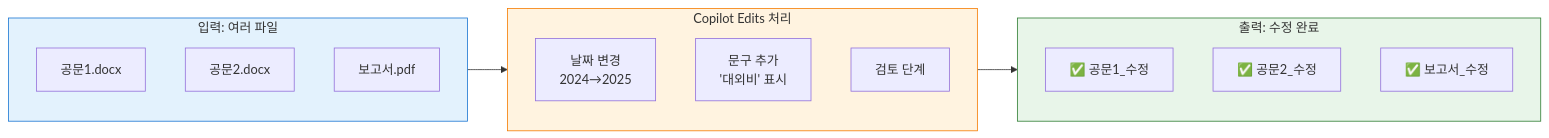
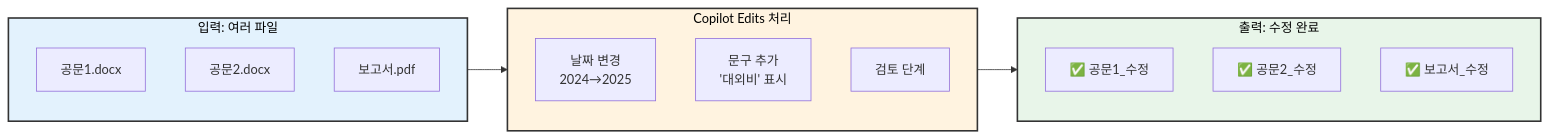
Before and after one commit to seo-jinseok/GitHub-Copilot-Guide: the tenth of 17 diagrams in dist/University_Copilot_Guide_Complete_KO.md, drawn with Mermaid. The commit also changed other lines of this file, not shown here.

Commit message:
docs: mermaid 그림 색상 수정

````diff
--- a/dist/University_Copilot_Guide_Complete_KO.md
+++ b/dist/University_Copilot_Guide_Complete_KO.md
@@ -620,27 +627,27 @@
 ```mermaid
 flowchart LR
     subgraph Input["입력: 여러 파일"]
         F1[공문1.docx]
         F2[공문2.docx]
         F3[보고서.pdf]
     end
     
     subgraph Process["Copilot Edits 처리"]
         P1[날짜 변경<br/>2024→2025]
         P2[문구 추가<br/>'대외비' 표시]
         P3[검토 단계]
     end
     
     subgraph Output["출력: 수정 완료"]
         O1[✅ 공문1_수정]
         O2[✅ 공문2_수정]
         O3[✅ 보고서_수정]
     end
     
     Input --> Process
     Process --> Output
     
-    style Input fill:#e3f2fd,stroke:#1976d2
-    style Process fill:#fff3e0,stroke:#f57c00
-    style Output fill:#e8f5e9,stroke:#2e7d32
+    style Input fill:#e3f2fd,stroke:#333,stroke-width:2px,color:#000
+    style Process fill:#fff3e0,stroke:#333,stroke-width:2px,color:#000
+    style Output fill:#e8f5e9,stroke:#333,stroke-width:2px,color:#000
 ```
````
